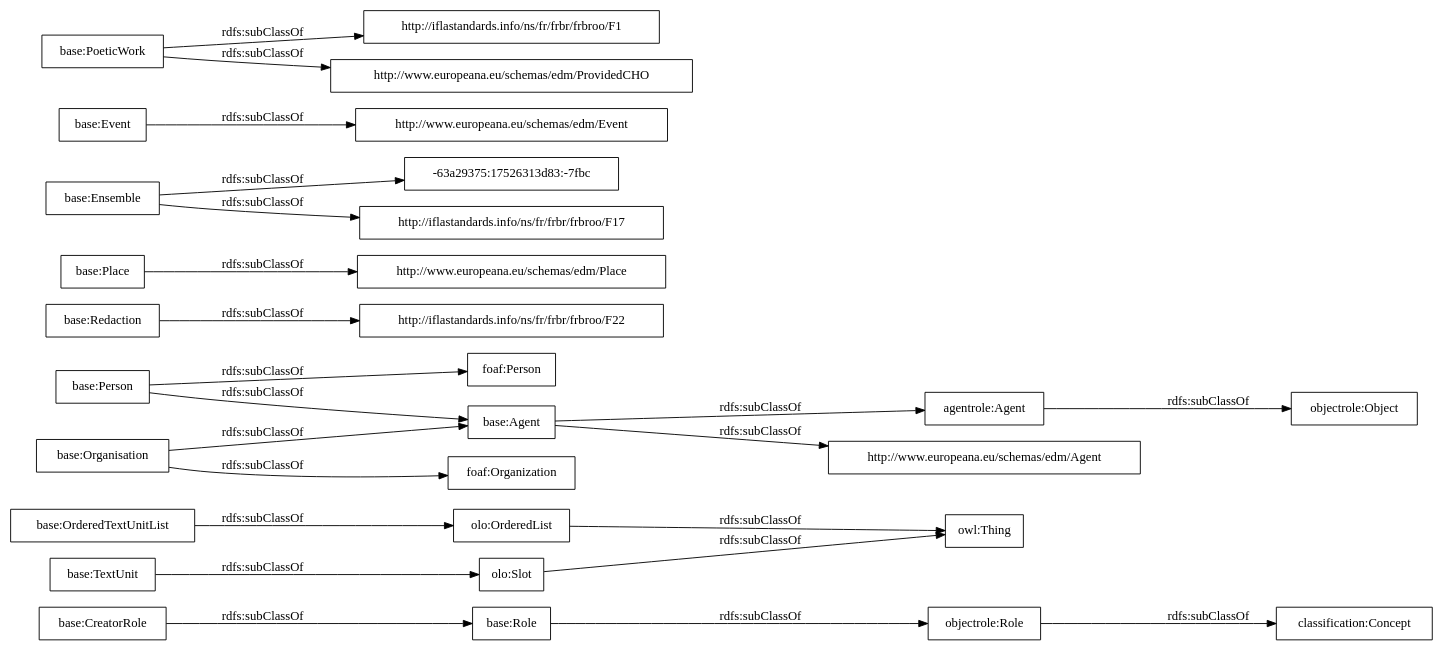
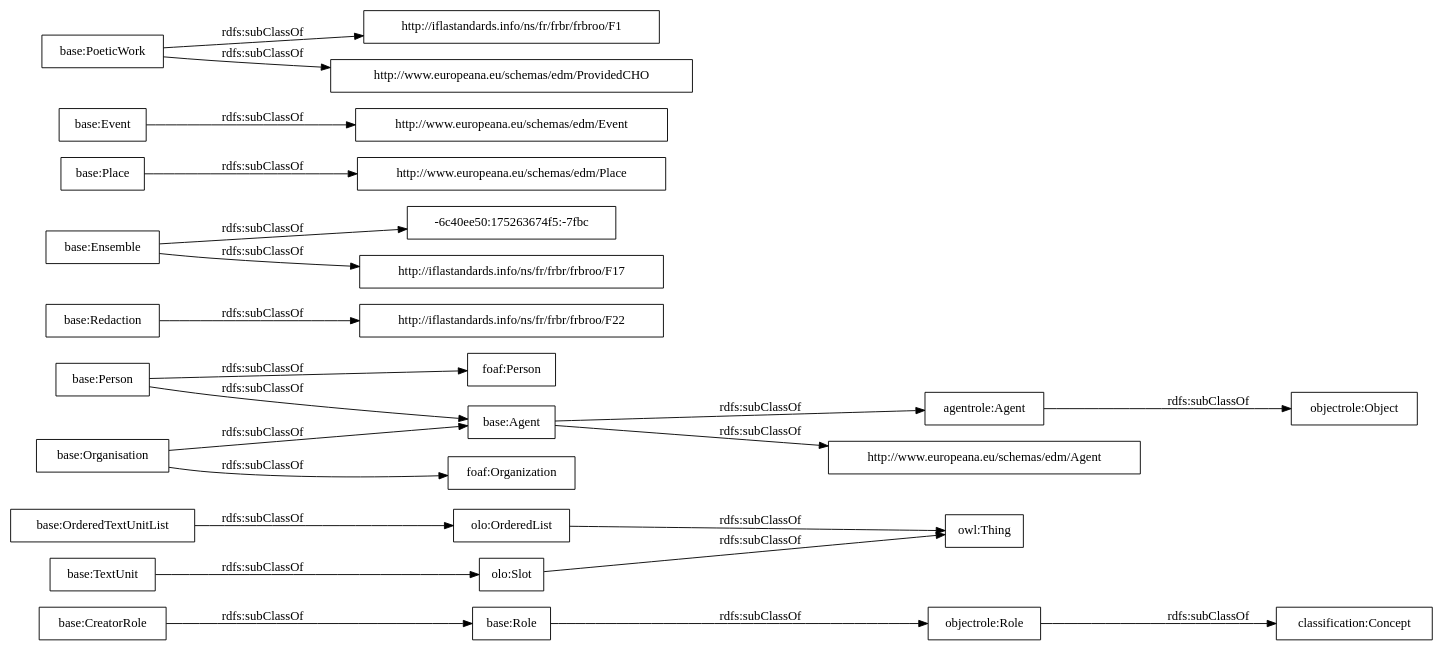
One commit to OnToologyUser/core-ontology-1 changed the diagram in OnToology/postdata-core.owl/diagrams/ar2dtool-taxonomy/postdata-core.owl.png.dot. Above: the diagram before and after it, drawn with Graphviz. The commit also changed 14 other files, not shown here.

```diff
--- a/OnToology/postdata-core.owl/diagrams/ar2dtool-taxonomy/postdata-core.owl.png.dot
+++ b/OnToology/postdata-core.owl/diagrams/ar2dtool-taxonomy/postdata-core.owl.png.dot
@@ -1,27 +1,27 @@
 digraph ar2dtool_diagram { 
 rankdir=LR;
 size="1000"
-node [shape = rectangle, color="black"]; "base:Role" "base:OrderedTextUnitList" "agentrole:Agent" "http://iflastandards.info/ns/fr/frbr/frbroo/F22" "http://www.europeana.eu/schemas/edm/Agent" "base:Agent" "base:CreatorRole" "base:Person" "base:Organisation" "http://www.europeana.eu/schemas/edm/Place" "base:Redaction" "foaf:Person" "base:Ensemble" "-63a29375:17526313d83:-7fbc" "http://www.europeana.eu/schemas/edm/Event" "base:TextUnit" "http://iflastandards.info/ns/fr/frbr/frbroo/F1" "foaf:Organization" "http://www.europeana.eu/schemas/edm/ProvidedCHO" "base:Place" "base:Event" "base:PoeticWork" "http://iflastandards.info/ns/fr/frbr/frbroo/F17" "owl:Thing" "objectrole:Role" "objectrole:Object" "olo:Slot" "olo:OrderedList" "classification:Concept" ; /*classes style*/
+node [shape = rectangle, color="black"]; "base:Role" "base:OrderedTextUnitList" "agentrole:Agent" "http://iflastandards.info/ns/fr/frbr/frbroo/F22" "http://www.europeana.eu/schemas/edm/Agent" "base:Agent" "base:CreatorRole" "base:Person" "-6c40ee50:175263674f5:-7fbc" "base:Organisation" "http://www.europeana.eu/schemas/edm/Place" "base:Redaction" "base:Ensemble" "foaf:Person" "http://www.europeana.eu/schemas/edm/Event" "base:TextUnit" "foaf:Organization" "http://iflastandards.info/ns/fr/frbr/frbroo/F1" "http://www.europeana.eu/schemas/edm/ProvidedCHO" "base:Place" "base:Event" "base:PoeticWork" "http://iflastandards.info/ns/fr/frbr/frbroo/F17" "owl:Thing" "objectrole:Role" "objectrole:Object" "olo:Slot" "olo:OrderedList" "classification:Concept" ; /*classes style*/
 	"base:Redaction" -> "http://iflastandards.info/ns/fr/frbr/frbroo/F22" [ label = "rdfs:subClassOf" ];
 	"base:Role" -> "objectrole:Role" [ label = "rdfs:subClassOf" ];
 	"base:Event" -> "http://www.europeana.eu/schemas/edm/Event" [ label = "rdfs:subClassOf" ];
 	"base:Person" -> "foaf:Person" [ label = "rdfs:subClassOf" ];
 	"base:Person" -> "base:Agent" [ label = "rdfs:subClassOf" ];
 	"olo:OrderedList" -> "owl:Thing" [ label = "rdfs:subClassOf" ];
 	"olo:Slot" -> "owl:Thing" [ label = "rdfs:subClassOf" ];
 	"base:PoeticWork" -> "http://www.europeana.eu/schemas/edm/ProvidedCHO" [ label = "rdfs:subClassOf" ];
 	"base:PoeticWork" -> "http://iflastandards.info/ns/fr/frbr/frbroo/F1" [ label = "rdfs:subClassOf" ];
 	"base:TextUnit" -> "olo:Slot" [ label = "rdfs:subClassOf" ];
 	"agentrole:Agent" -> "objectrole:Object" [ label = "rdfs:subClassOf" ];
-	"base:Ensemble" -> "-63a29375:17526313d83:-7fbc" [ label = "rdfs:subClassOf" ];
+	"base:Ensemble" -> "-6c40ee50:175263674f5:-7fbc" [ label = "rdfs:subClassOf" ];
 	"base:Ensemble" -> "http://iflastandards.info/ns/fr/frbr/frbroo/F17" [ label = "rdfs:subClassOf" ];
 	"base:OrderedTextUnitList" -> "olo:OrderedList" [ label = "rdfs:subClassOf" ];
 	"base:Agent" -> "agentrole:Agent" [ label = "rdfs:subClassOf" ];
 	"base:Agent" -> "http://www.europeana.eu/schemas/edm/Agent" [ label = "rdfs:subClassOf" ];
 	"objectrole:Role" -> "classification:Concept" [ label = "rdfs:subClassOf" ];
 	"base:Place" -> "http://www.europeana.eu/schemas/edm/Place" [ label = "rdfs:subClassOf" ];
 	"base:Organisation" -> "foaf:Organization" [ label = "rdfs:subClassOf" ];
 	"base:Organisation" -> "base:Agent" [ label = "rdfs:subClassOf" ];
 	"base:CreatorRole" -> "base:Role" [ label = "rdfs:subClassOf" ];
 
 }
```
